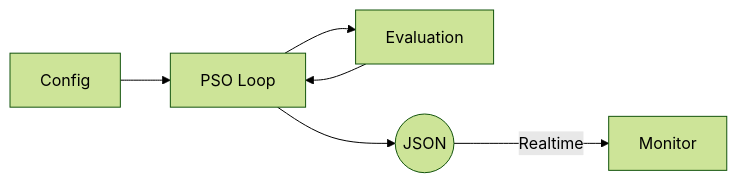
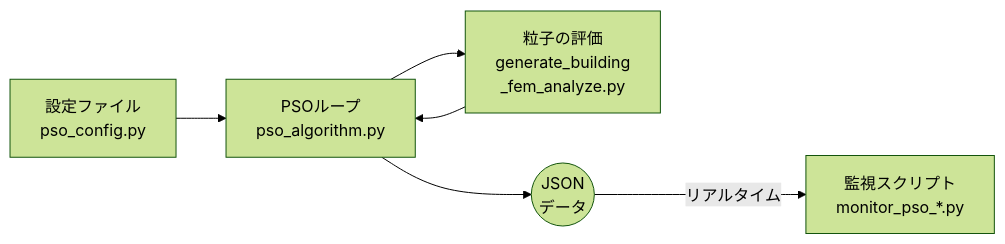
One commit to jkushida/ai-arch changed the diagram in docs/PSO_usage.md. Above: the diagram before and after it, drawn with Mermaid (forest theme). The commit also changed other lines of this file and 1 other file, not shown here.

First line of the commit message:
Restore Japanese labels in PSO system diagram 🗾

````diff
--- a/docs/PSO_usage.md
+++ b/docs/PSO_usage.md
@@ -17,8 +17,8 @@
 ```mermaid
 graph LR
-    A[Config] --> B[PSO Loop]
-    B --> C[Evaluation]
+    A[設定ファイル<br/>pso_config.py] --> B[PSOループ<br/>pso_algorithm.py]
+    B --> C[粒子の評価<br/>generate_building<br/>_fem_analyze.py]
     C --> B
-    B --> D((JSON))
-    D -->|Realtime| E[Monitor]
+    B --> D((JSON<br/>データ))
+    D -->|リアルタイム| E[監視スクリプト<br/>monitor_pso_*.py]
 ```
````
